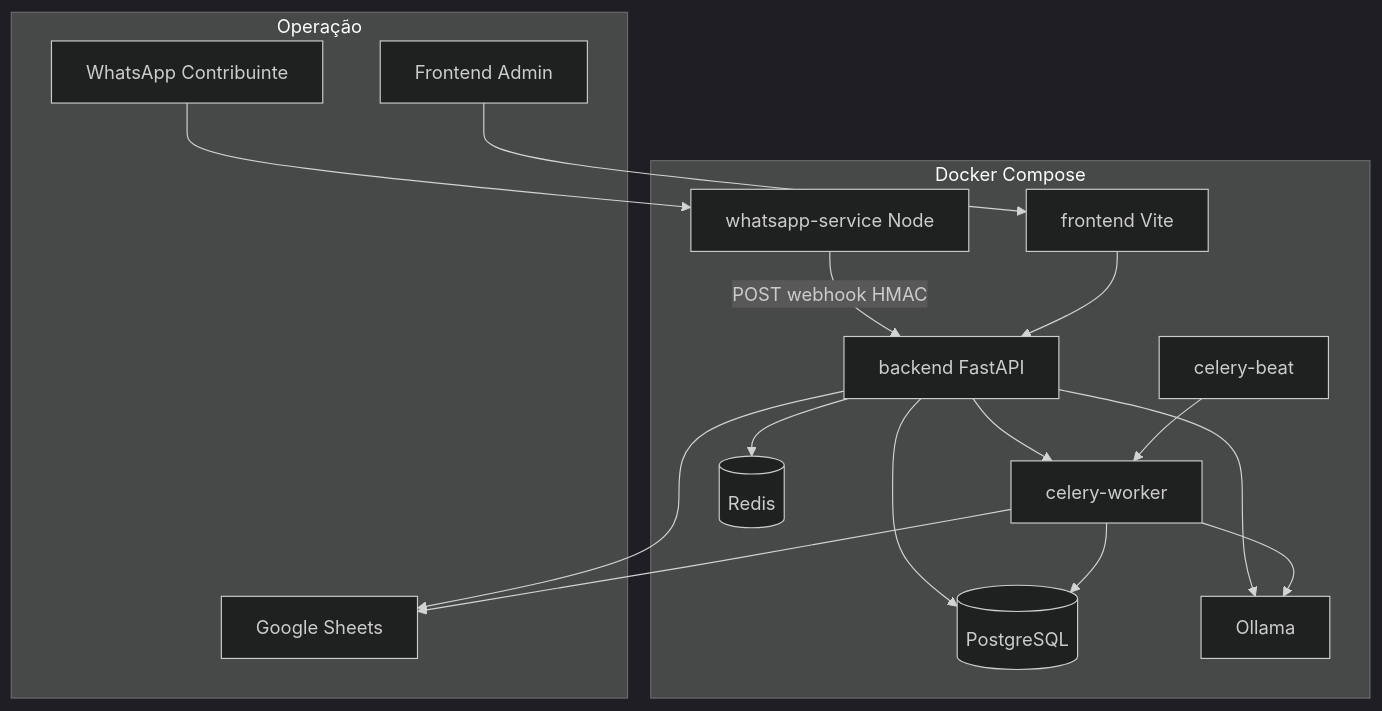
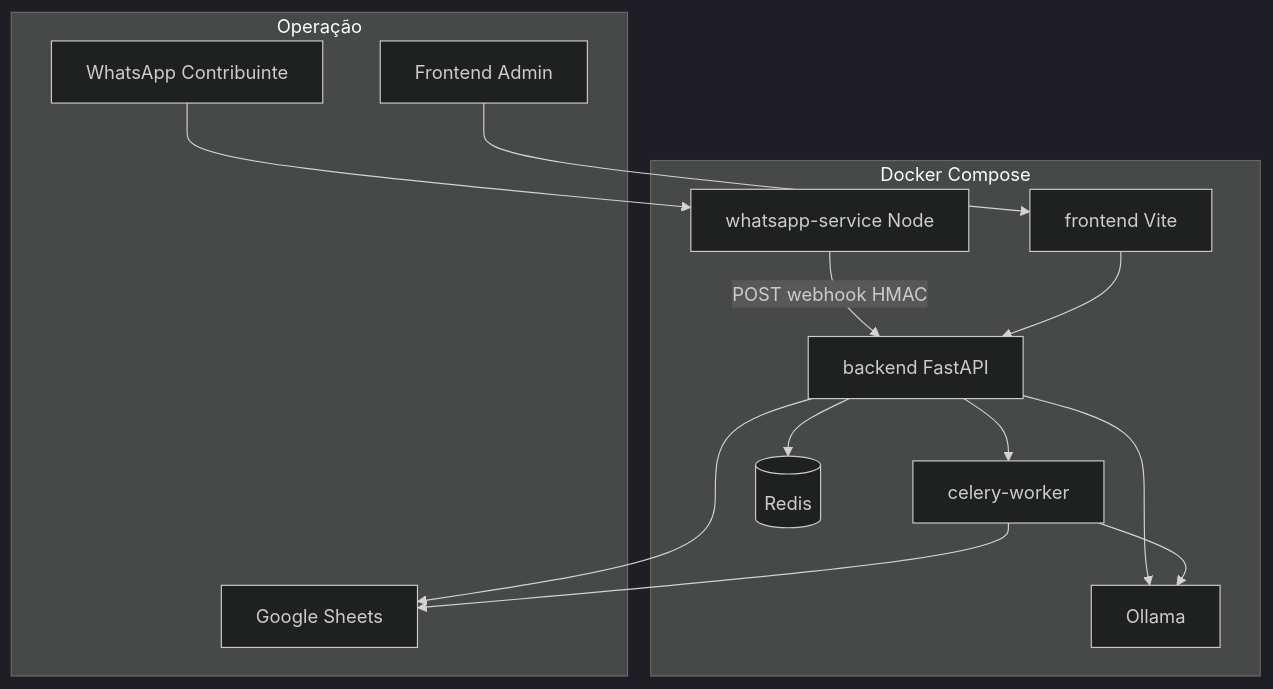
The first of 3 diagrams in docs/ARCHITECTURE.md (aganimoto/comunhaodebens), drawn with Mermaid (dark theme) before and after one commit. The commit also changed other lines of this file and 29 other files, not shown here.

````diff
--- a/docs/ARCHITECTURE.md
+++ b/docs/ARCHITECTURE.md
@@ -18,33 +16,28 @@
 ```mermaid
 flowchart TB
     subgraph clients [Operação]
         WA[WhatsApp Contribuinte]
         GS[Google Sheets]
         ADM[Frontend Admin]
     end
 
     subgraph docker [Docker Compose]
         WSS[whatsapp-service Node]
         BE[backend FastAPI]
         CW[celery-worker]
-        CB[celery-beat]
-        PG[(PostgreSQL)]
         RD[(Redis)]
         OL[Ollama]
         FE[frontend Vite]
     end
 
     WA --> WSS
     WSS -->|POST webhook HMAC| BE
     BE --> RD
-    BE --> PG
     BE --> GS
     BE --> OL
     BE --> CW
     CW --> OL
     CW --> GS
-    CW --> PG
     ADM --> FE
     FE --> BE
-    CB --> CW
 ```
````
